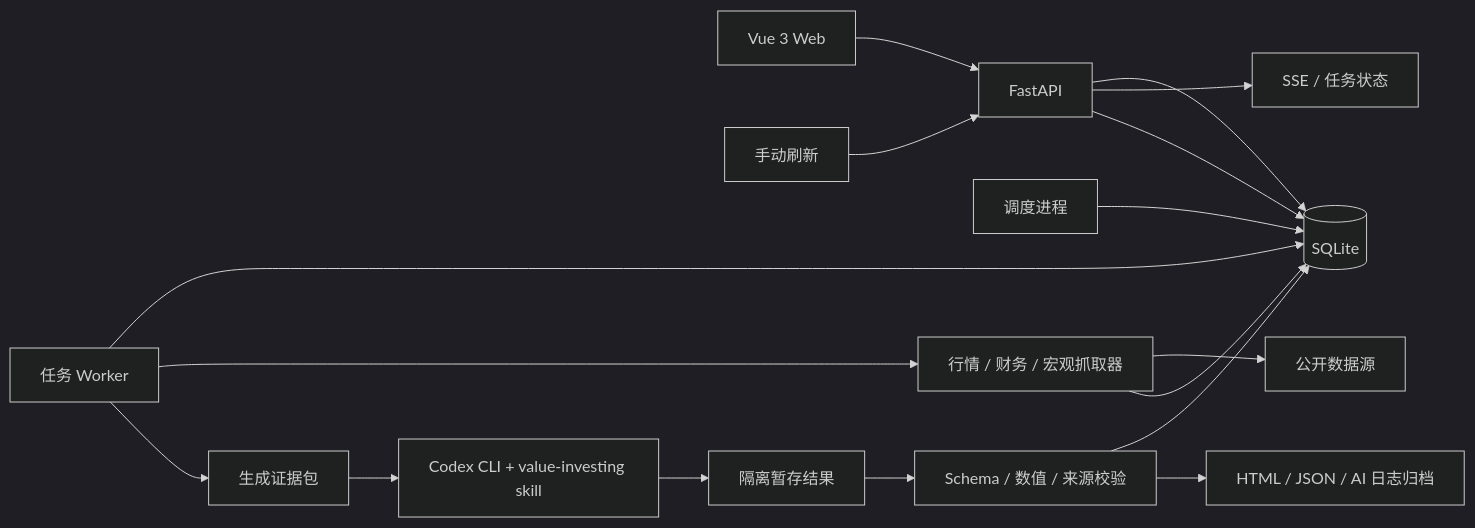
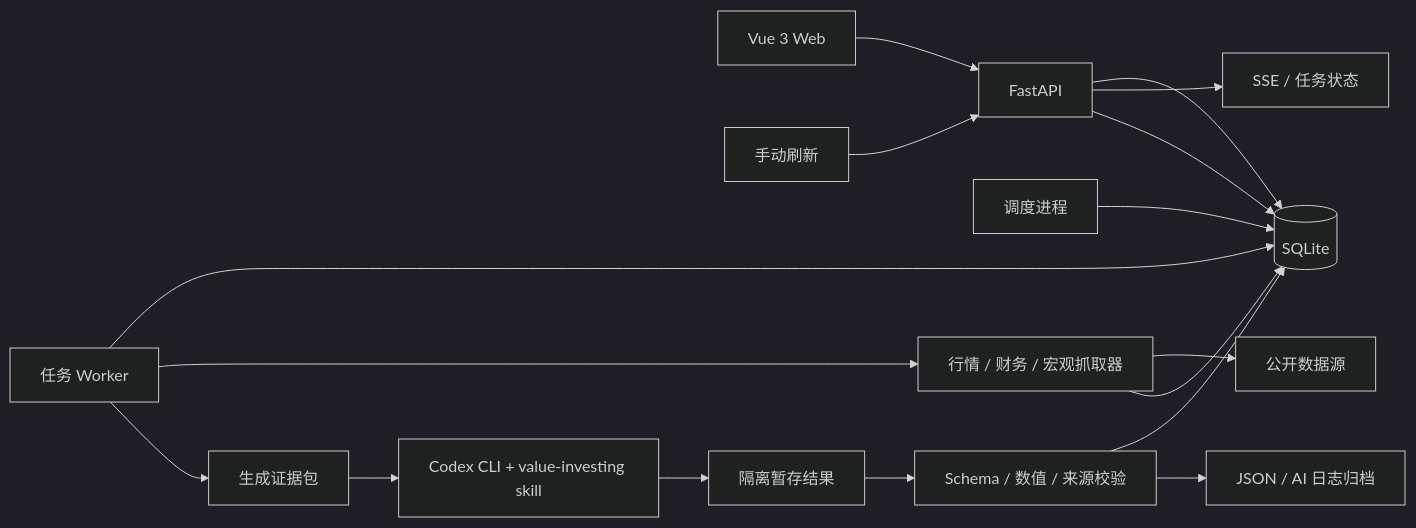
One commit to Radiation-2077/Valuation-Radar changed the diagram in docs/DEVELOPMENT_PLAN.md. Above: the diagram before and after it, drawn with Mermaid (dark theme). The commit also changed other lines of this file and 20 other files, not shown here.

````diff
--- a/docs/DEVELOPMENT_PLAN.md
+++ b/docs/DEVELOPMENT_PLAN.md
@@ -90,22 +90,22 @@
 ```mermaid
 flowchart LR
     UI[Vue 3 Web] --> API[FastAPI]
     API --> DB[(SQLite)]
     API --> SSE[SSE / 任务状态]
 
     Scheduler[调度进程] --> DB
     Manual[手动刷新] --> API
     API --> DB
 
     Worker[任务 Worker] --> DB
     Worker --> Providers[行情 / 财务 / 宏观抓取器]
     Providers --> Sources[公开数据源]
     Providers --> DB
 
     Worker --> Pack[生成证据包]
     Pack --> Codex[Codex CLI + value-investing skill]
     Codex --> Staging[隔离暂存结果]
     Staging --> Validator[Schema / 数值 / 来源校验]
     Validator --> DB
-    Validator --> Artifacts[HTML / JSON / AI 日志归档]
+    Validator --> Artifacts[JSON / AI 日志归档]
 ```
````
